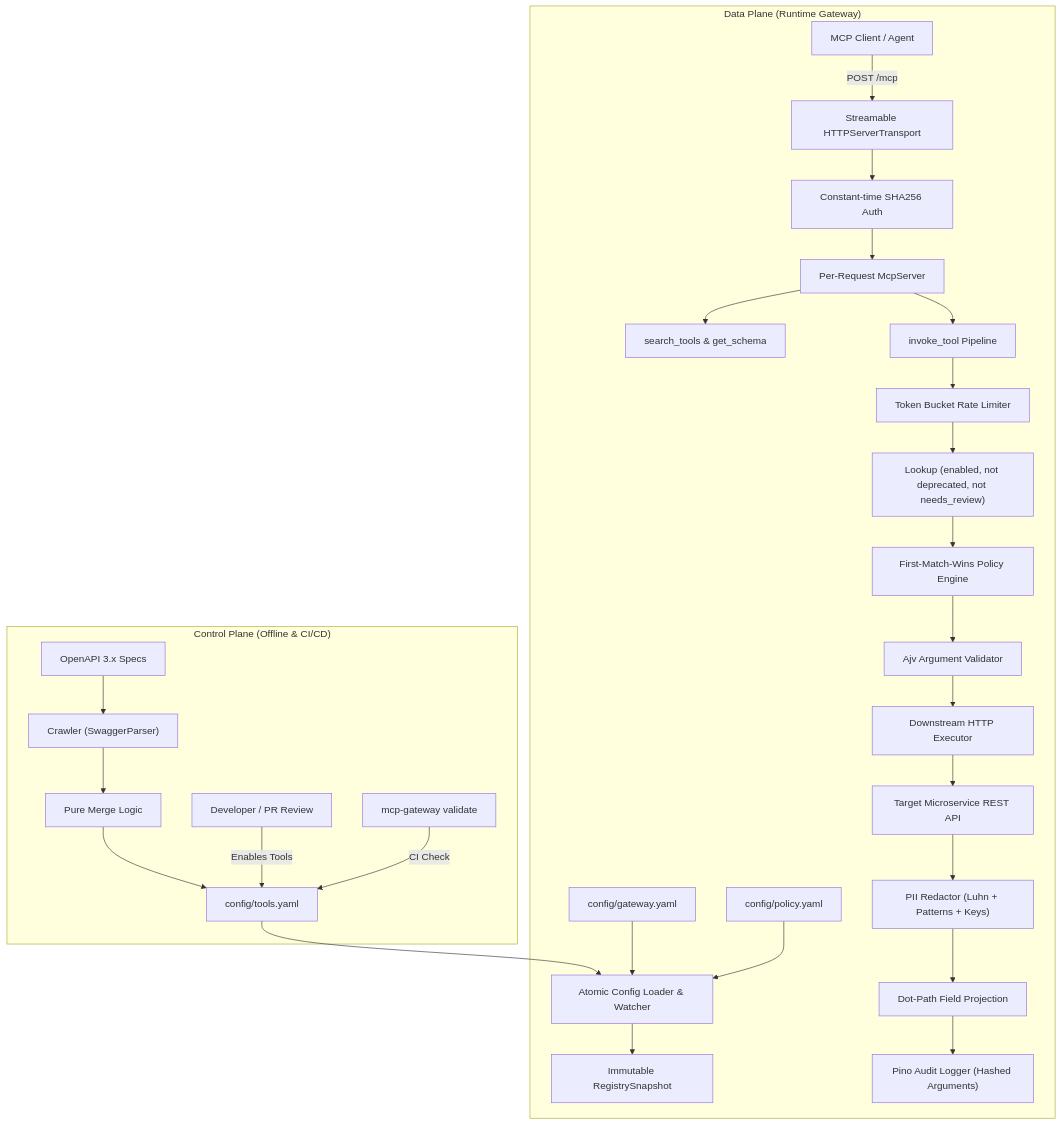
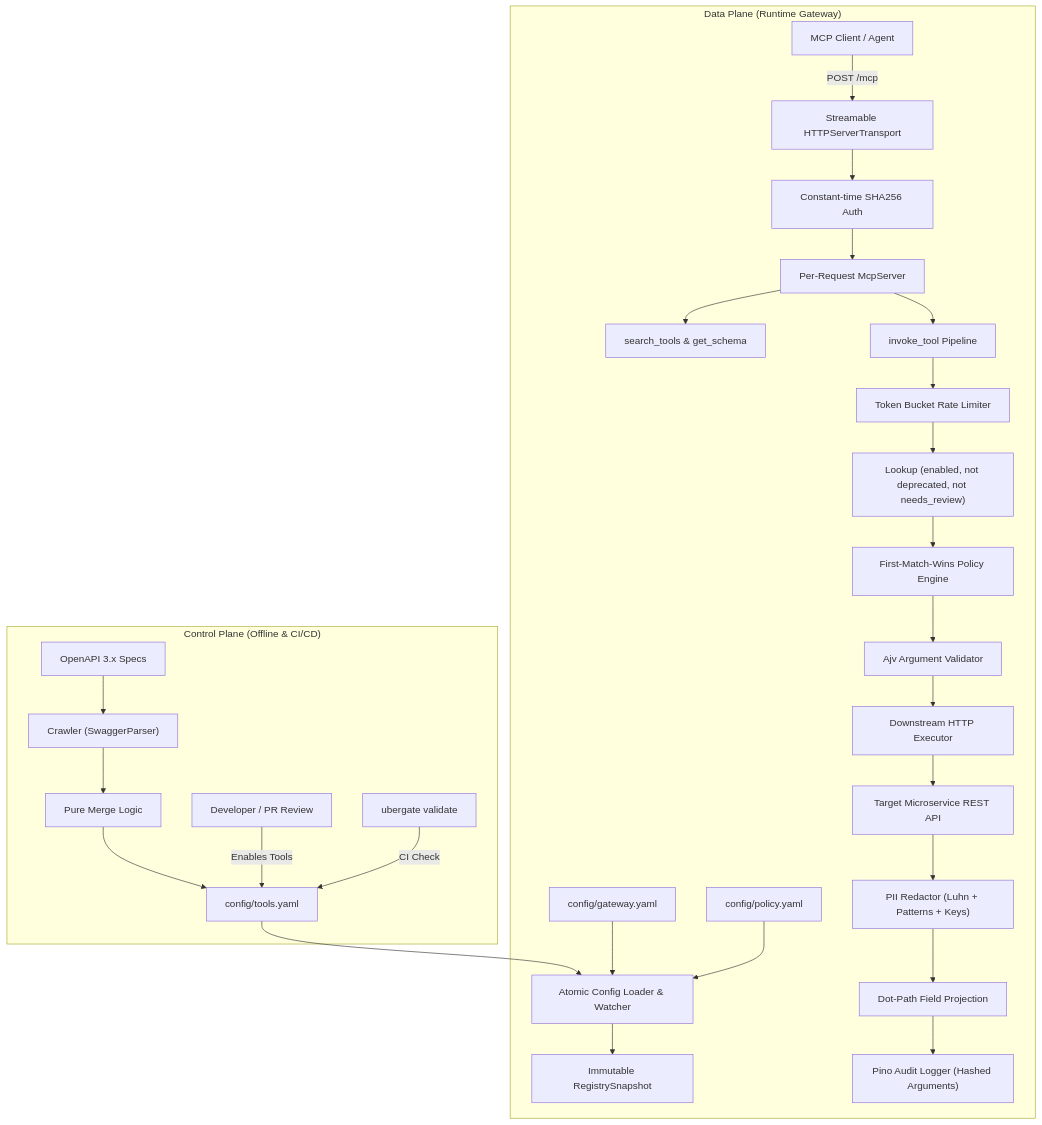
The diagram in docs/architecture.md (0xPsyop/ubergate), drawn with Mermaid before and after one commit. The commit also changed other lines of this file and 14 other files, not shown here.

Commit message:
refactor: rename mcp-gateway to ubergate and update related documentation

````diff
--- a/docs/architecture.md
+++ b/docs/architecture.md
@@ -11,34 +11,34 @@
 ```mermaid
 flowchart TD
     subgraph ControlPlane["Control Plane (Offline & CI/CD)"]
         Spec["OpenAPI 3.x Specs"] --> Crawl["Crawler (SwaggerParser)"]
         Crawl --> Merge["Pure Merge Logic"]
         Merge --> YAML["config/tools.yaml"]
         Human["Developer / PR Review"] -->|Enables Tools| YAML
-        Validate["mcp-gateway validate"] -->|CI Check| YAML
+        Validate["ubergate validate"] -->|CI Check| YAML
     end
 
     subgraph DataPlane["Data Plane (Runtime Gateway)"]
         YAML --> Loader["Atomic Config Loader & Watcher"]
         GatewayYAML["config/gateway.yaml"] --> Loader
         PolicyYAML["config/policy.yaml"] --> Loader
         Loader --> Snapshot["Immutable RegistrySnapshot"]
 
         Client["MCP Client / Agent"] -->|POST /mcp| HTTP["Streamable HTTPServerTransport"]
         HTTP --> Auth["Constant-time SHA256 Auth"]
         Auth --> Session["Per-Request McpServer"]
 
         Session --> Discovery["search_tools & get_schema"]
         Session --> Pipeline["invoke_tool Pipeline"]
 
         Pipeline --> RL["Token Bucket Rate Limiter"]
         RL --> Look["Lookup (enabled, not deprecated, not needs_review)"]
         Look --> Pol["First-Match-Wins Policy Engine"]
         Pol --> AjvVal["Ajv Argument Validator"]
         AjvVal --> Exec["Downstream HTTP Executor"]
         Exec --> DownstreamAPI["Target Microservice REST API"]
         DownstreamAPI --> Redact["PII Redactor (Luhn + Patterns + Keys)"]
         Redact --> Proj["Dot-Path Field Projection"]
         Proj --> Audit["Pino Audit Logger (Hashed Arguments)"]
     end
 ```
````
